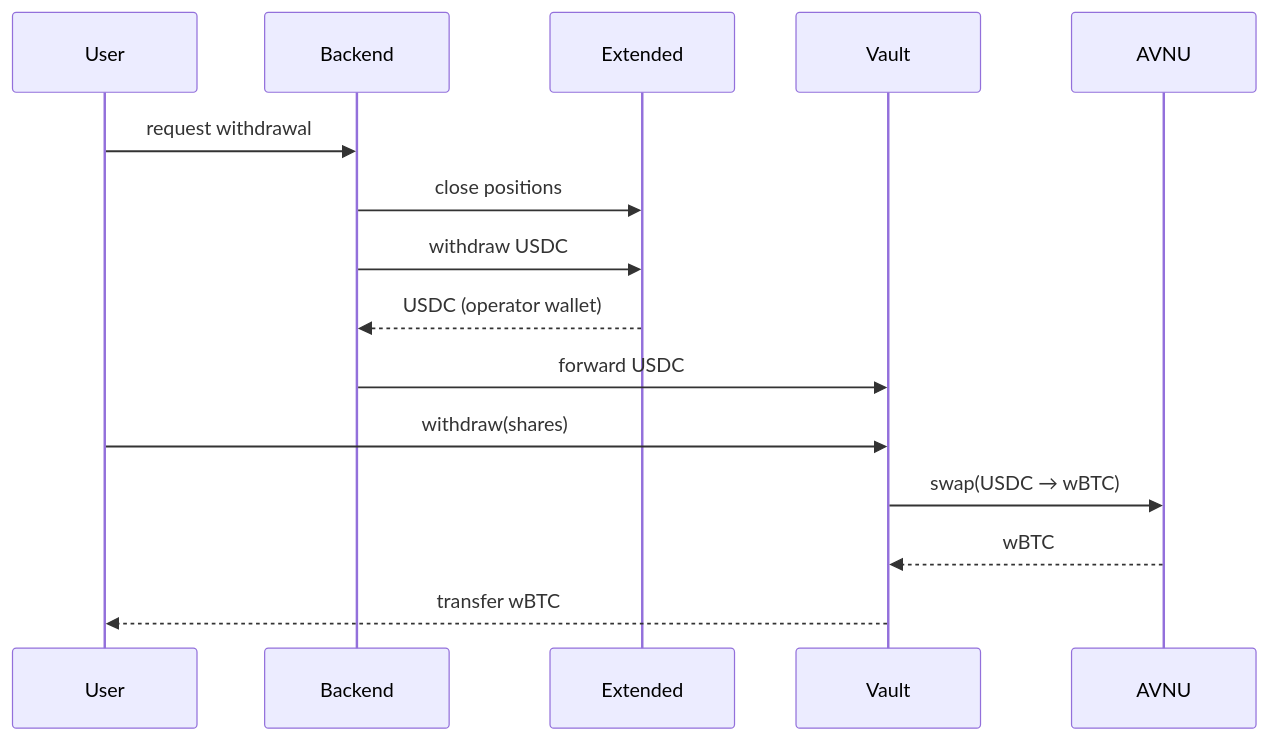
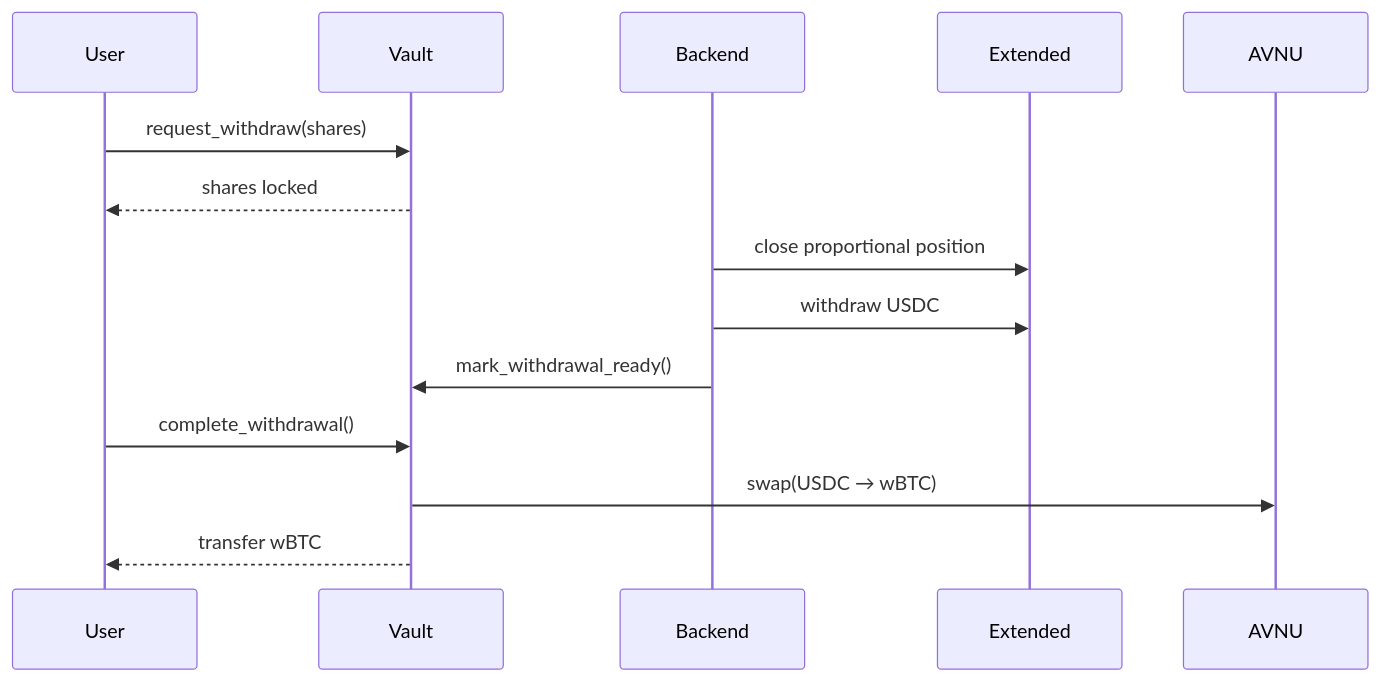
One commit to adrianvrj/unbound changed the second of 2 diagrams in docs/02-how-it-works.md. Above: the diagram before and after it, drawn with Mermaid. The commit also changed other lines of this file and 5 other files, not shown here.

````diff
--- a/docs/02-how-it-works.md
+++ b/docs/02-how-it-works.md
@@ -103,18 +123,17 @@
 ```mermaid
 sequenceDiagram
     participant User
+    participant Vault
     participant Backend
     participant Extended
-    participant Vault
     participant AVNU
 
-    User->>Backend: request withdrawal
-    Backend->>Extended: close positions
+    User->>Vault: request_withdraw(shares)
+    Vault-->>User: shares locked
+    Backend->>Extended: close proportional position
     Backend->>Extended: withdraw USDC
-    Extended-->>Backend: USDC (operator wallet)
-    Backend->>Vault: forward USDC
-    User->>Vault: withdraw(shares)
+    Backend->>Vault: mark_withdrawal_ready()
+    User->>Vault: complete_withdrawal()
     Vault->>AVNU: swap(USDC → wBTC)
-    AVNU-->>Vault: wBTC
     Vault-->>User: transfer wBTC
 ```
````
